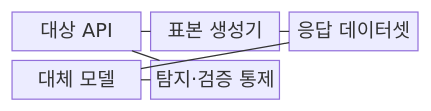
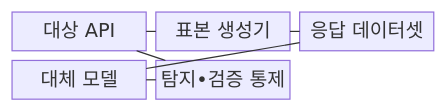
The first of 2 diagrams in src/content/docs/notes/08-latest-tech/119_model_extraction.md (agnusdei1207/knowledge-base), drawn with Mermaid before and after one commit. The commit also changed other lines of this file and 953 other files, not shown here.

````diff
--- a/src/content/docs/notes/08-latest-tech/119_model_extraction.md
+++ b/src/content/docs/notes/08-latest-tech/119_model_extraction.md
@@ -70,14 +70,14 @@
 ```mermaid
 block-beta
   columns 3
   A["대상 API"]
   B["표본 생성기"]
   C["응답 데이터셋"]
   D["대체 모델"]
-  E["탐지·검증 통제"]
+  E["탐지•검증 통제"]
   A --- B
   B --- C
   C --- D
   A --- E
   D --- E
 ```
````
